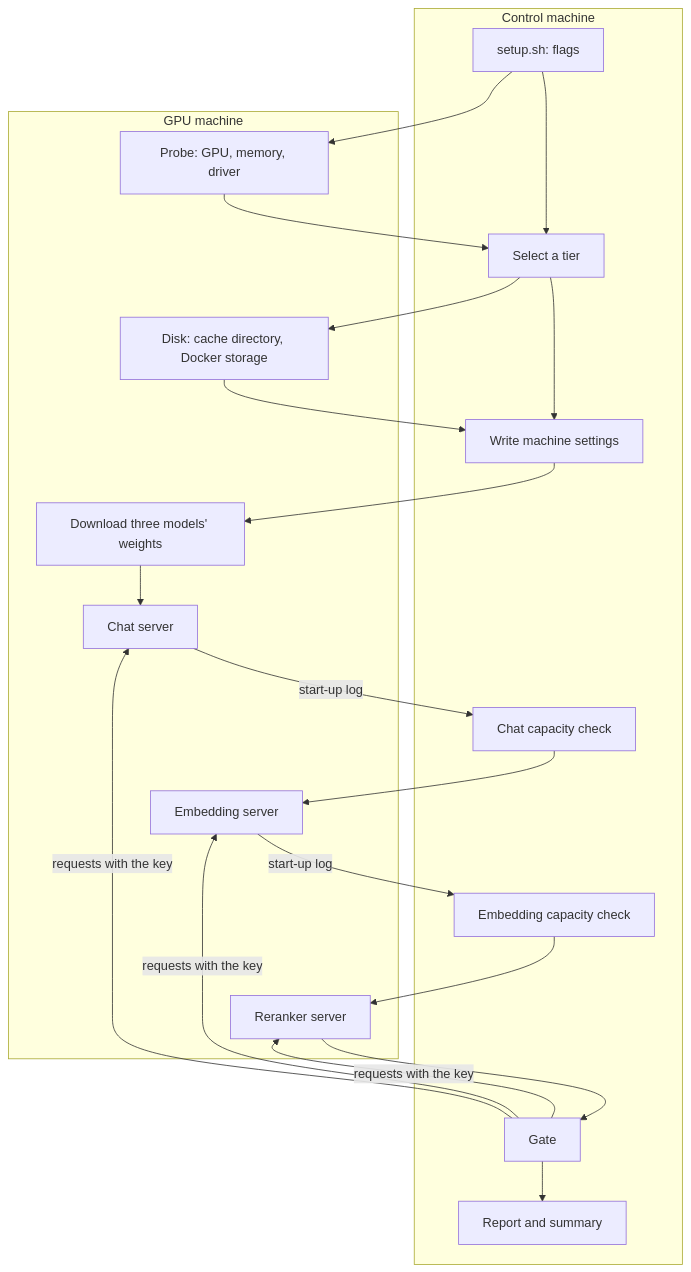
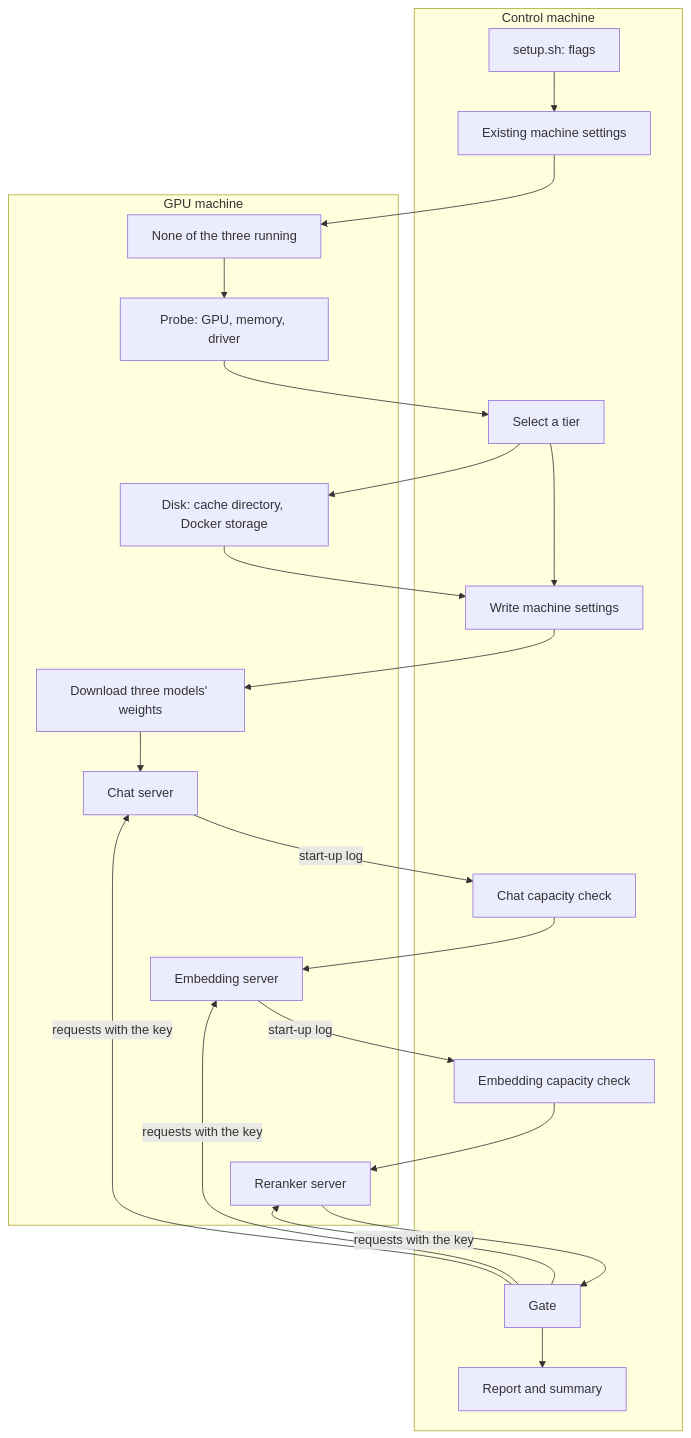
Before and after one commit to AndrewPHunter/ai-on-aws: the diagram in docs/architecture/model-server.md, drawn with Mermaid. The commit also changed other lines of this file and 17 other files, not shown here.

````diff
--- a/docs/architecture/model-server.md
+++ b/docs/architecture/model-server.md
@@ -31,29 +43,31 @@
 ```mermaid
 flowchart TD
     subgraph Control["Control machine"]
-        A["setup.sh: flags"] --> S["Select a tier"]
+        A["setup.sh: flags"] --> K["Existing machine settings"]
+        S["Select a tier"]
         S --> W["Write machine settings"]
         C["Chat capacity check"]
         E["Embedding capacity check"]
         G["Gate"] --> R["Report and summary"]
     end
     subgraph GPU["GPU machine"]
+        RU["None of the three running"]
         P["Probe: GPU, memory, driver"]
         D["Disk: cache directory, Docker storage"]
         DL["Download three models' weights"]
         V["Chat server"]
         VE["Embedding server"]
         VR["Reranker server"]
     end
-    A --> P --> S
+    K --> RU --> P --> S
     S --> D --> W
     W --> DL --> V
     V -- "start-up log" --> C
     C --> VE
     VE -- "start-up log" --> E
     E --> VR
     VR --> G
     G -- "requests with the key" --> V
     G -- "requests with the key" --> VE
     G -- "requests with the key" --> VR
 ```
````
